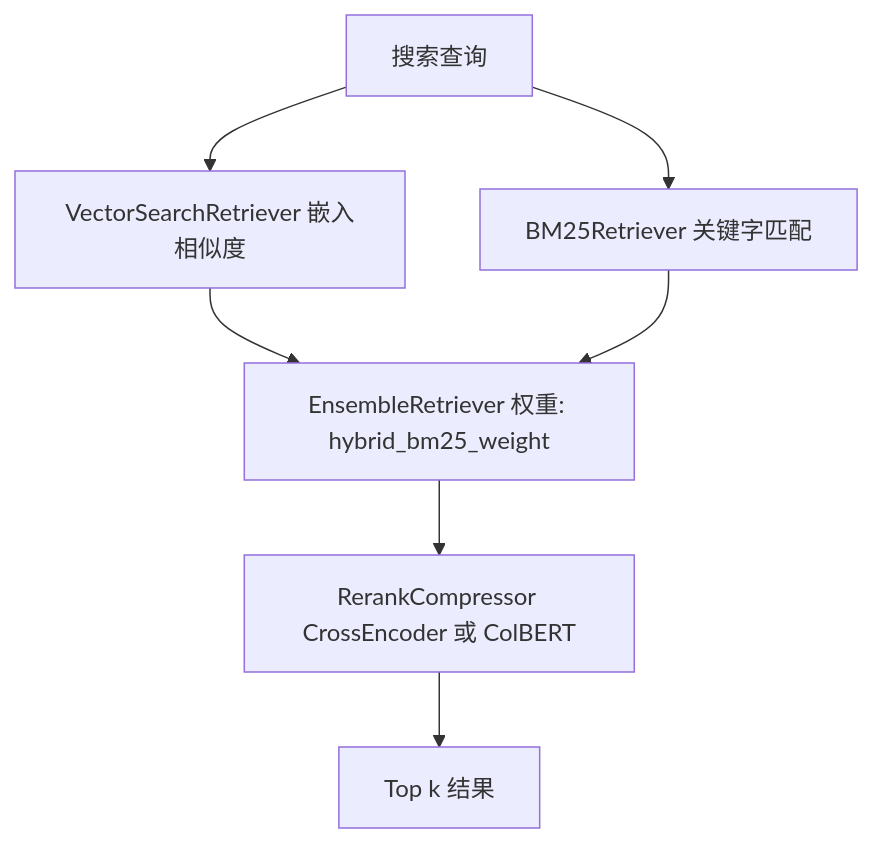
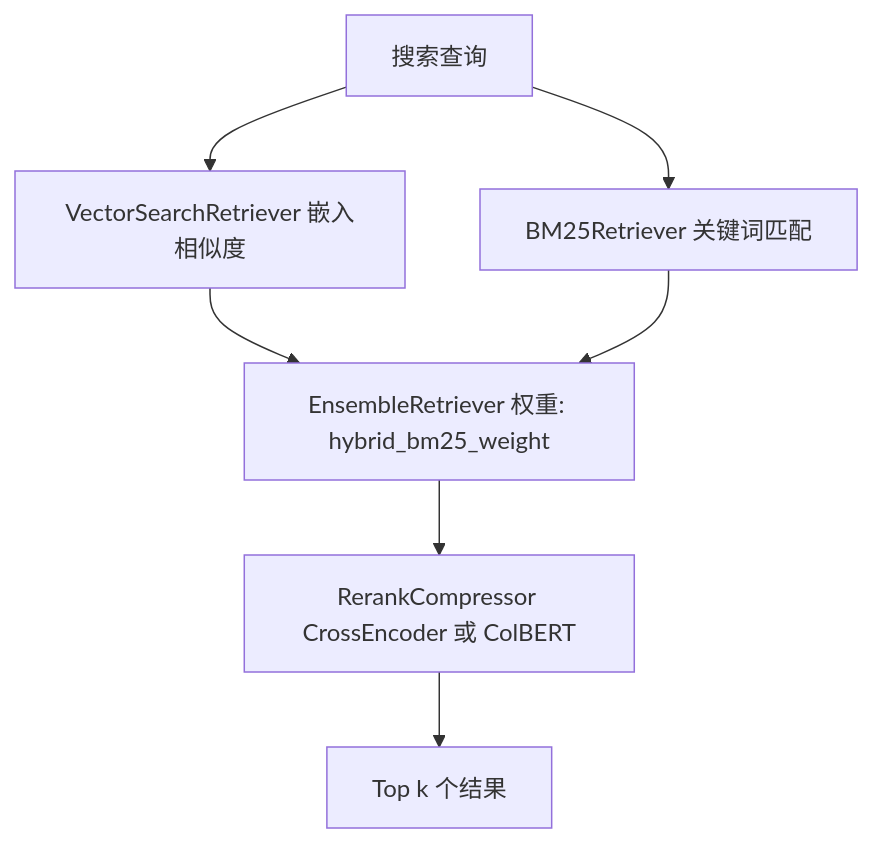
The fifth of 10 diagrams in tests/open-webui_deepwiki/zh/6-backend-processing-pipeline.md (Chesszyh/Wiki), drawn with Mermaid before and after one commit. The commit also changed other lines of this file and 234 other files, not shown here.

````diff
--- a/tests/open-webui_deepwiki/zh/6-backend-processing-pipeline.md
+++ b/tests/open-webui_deepwiki/zh/6-backend-processing-pipeline.md
@@ -212,16 +212,16 @@
 ```mermaid
 flowchart TD
     Query["搜索查询"]
     Vector["VectorSearchRetriever 嵌入相似度"]
-    BM25["BM25Retriever 关键字匹配"]
+    BM25["BM25Retriever 关键词匹配"]
     Ensemble["EnsembleRetriever 权重: hybrid_bm25_weight"]
     Reranker["RerankCompressor CrossEncoder 或 ColBERT"]
-    TopK["Top k 结果"]
+    TopK["Top k 个结果"]
 
     Query --> Vector
     Query --> BM25
     Vector --> Ensemble
     BM25 --> Ensemble
     Ensemble --> Reranker
     Reranker --> TopK
 ```
````
